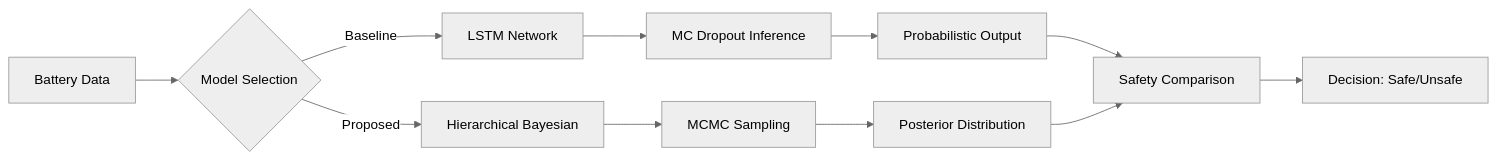
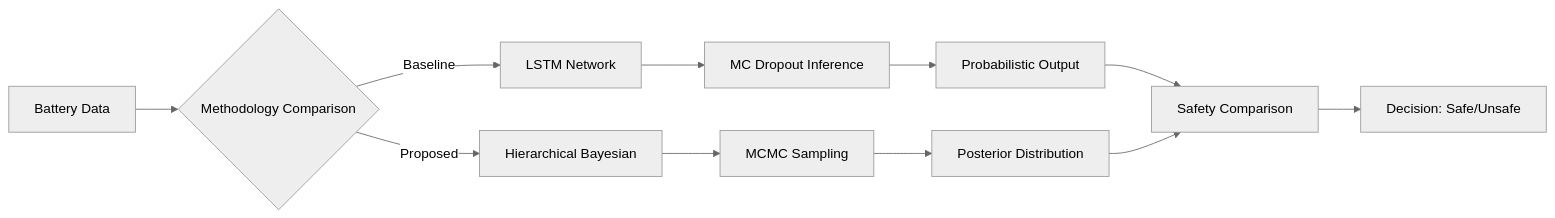
Before and after one commit to Zhi-Chao-PAN/safety-critical-battery-prognostics: the diagram in README.md, drawn with Mermaid (neutral theme). The commit also changed other lines of this file and 7 other files, not shown here.

````diff
--- a/README.md
+++ b/README.md
@@ -31,15 +31,15 @@
 ```mermaid
 graph LR
-    A[Battery Data] --> B{Model Selection}
+    A[Battery Data] --> B{Methodology Comparison}
     B -->|Baseline| C[LSTM Network]
     C --> D[MC Dropout Inference]
     D --> E[Probabilistic Output]
     
     B -->|Proposed| F[Hierarchical Bayesian]
     F --> G[MCMC Sampling]
     G --> H[Posterior Distribution]
     
     E --> I[Safety Comparison]
     H --> I
     I --> J[Decision: Safe/Unsafe]
 ```
````
